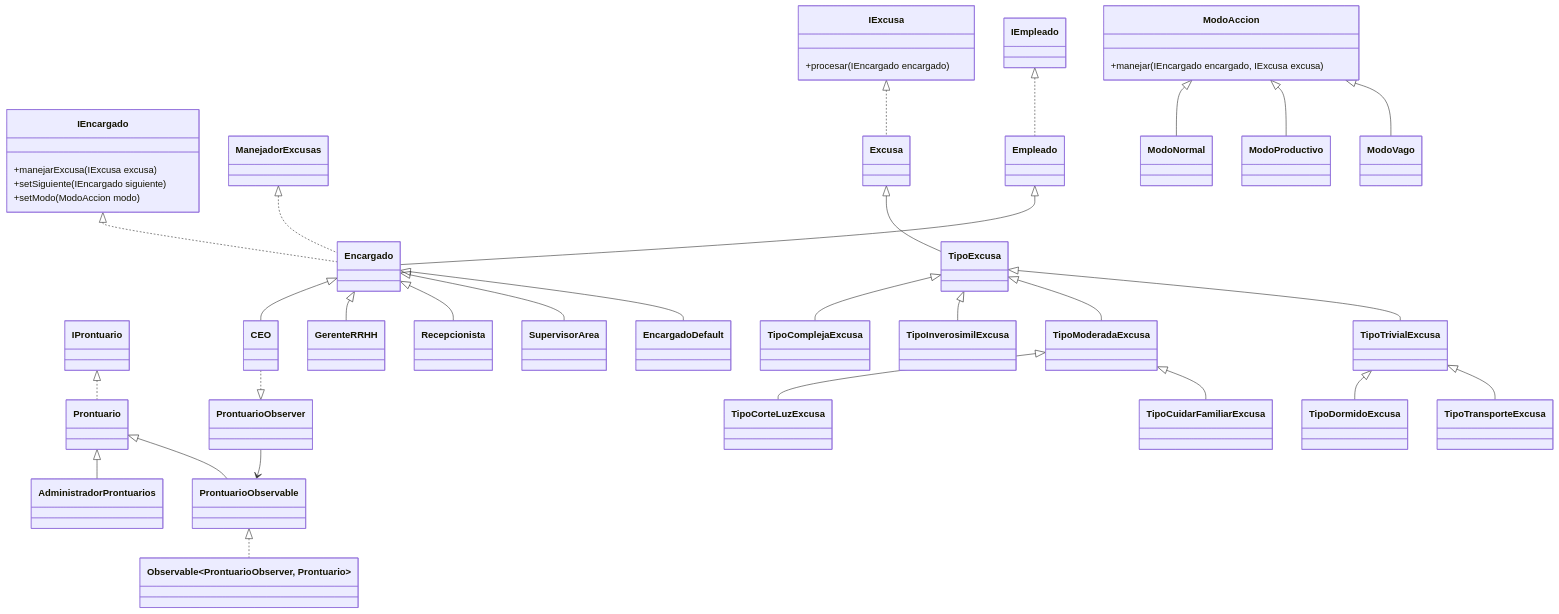
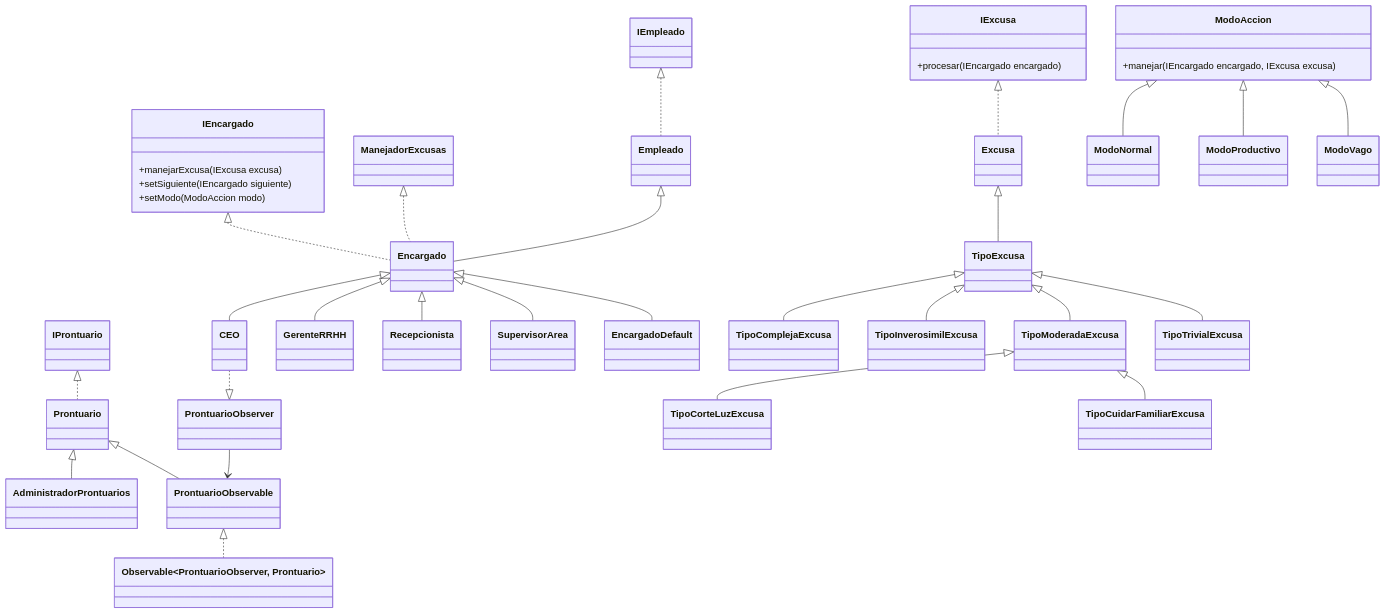
One commit to SantiFalcon59/DisenoSistemas changed the diagram in README.md. Above: the diagram before and after it, drawn with Mermaid.

Commit message:
update excusas 3

```diff
--- a/README.md
+++ b/README.md
@@ -73,8 +73,6 @@
     class TipoTrivialExcusa
     class TipoCorteLuzExcusa
     class TipoCuidarFamiliarExcusa
-    class TipoDormidoExcusa
-    class TipoTransporteExcusa
 
     class ModoNormal
     class ModoProductivo
@@ -105,8 +103,6 @@
     TipoExcusa <|-- TipoModeradaExcusa
     TipoExcusa <|-- TipoTrivialExcusa
 
-    TipoTrivialExcusa <|-- TipoDormidoExcusa
-    TipoTrivialExcusa <|-- TipoTransporteExcusa
     TipoModeradaExcusa <|-- TipoCorteLuzExcusa
     TipoModeradaExcusa <|-- TipoCuidarFamiliarExcusa
 
```
